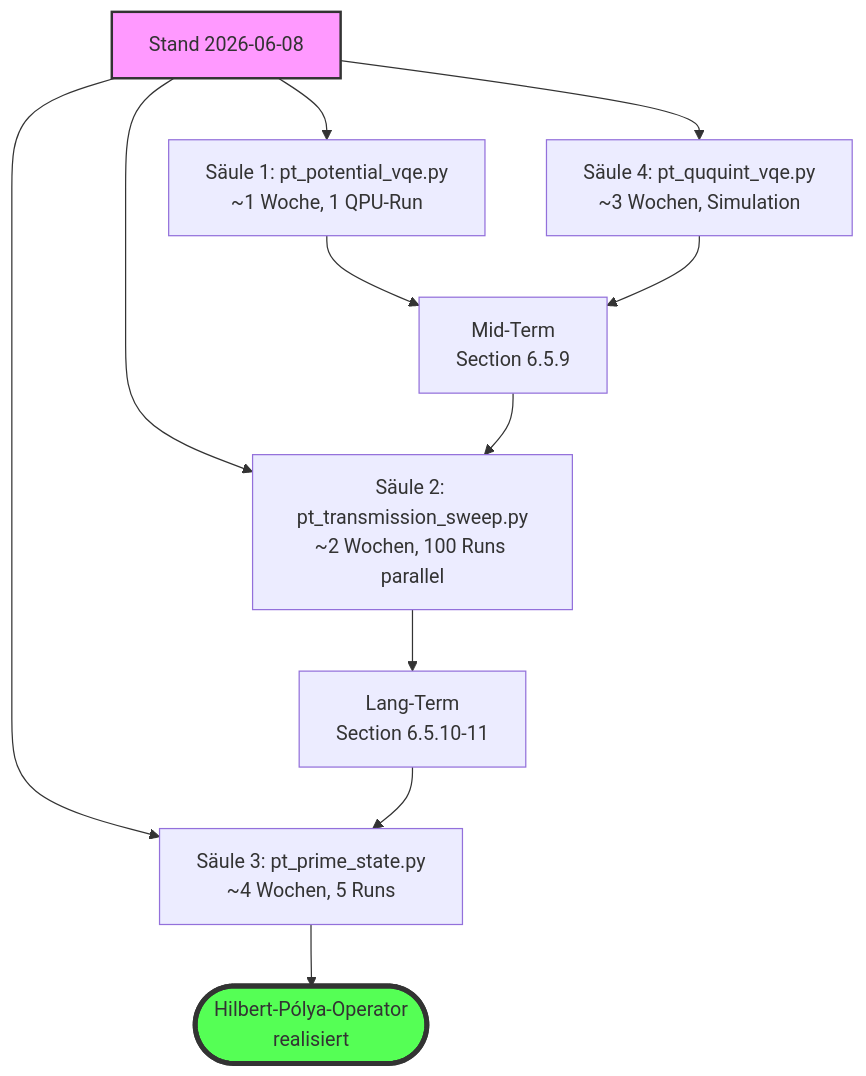
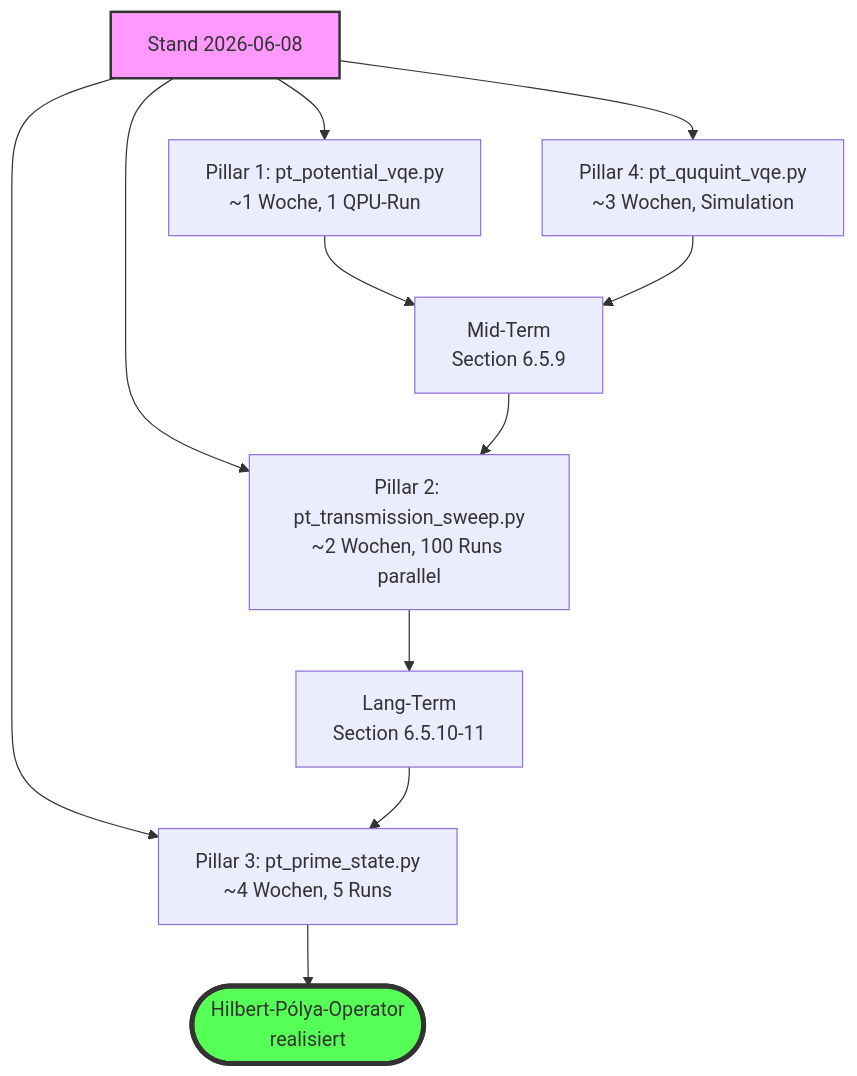
The sixth of 6 diagrams in QUANTUM_ARCHITECTURE_IMPLEMENTATION.md (bartman081523/riemann-nuclear-synthesis), drawn with Mermaid before and after one commit. The commit also changed other lines of this file and 4 other files, not shown here.

First line of the commit message:
SYNTHESIS: German cleanup (Säule→Pillar etc.) across 5 .md files

````diff
--- a/QUANTUM_ARCHITECTURE_IMPLEMENTATION.md
+++ b/QUANTUM_ARCHITECTURE_IMPLEMENTATION.md
@@ -403,17 +403,17 @@
 ```mermaid
 graph TD
-    NOW[Stand 2026-06-08] --> S1[Säule 1: pt_potential_vqe.py<br/>~1 Woche, 1 QPU-Run]
-    NOW --> S2[Säule 2: pt_transmission_sweep.py<br/>~2 Wochen, 100 Runs parallel]
-    NOW --> S3[Säule 3: pt_prime_state.py<br/>~4 Wochen, 5 Runs]
-    NOW --> S4[Säule 4: pt_ququint_vqe.py<br/>~3 Wochen, Simulation]
+    NOW[Stand 2026-06-08] --> S1[Pillar 1: pt_potential_vqe.py<br/>~1 Woche, 1 QPU-Run]
+    NOW --> S2[Pillar 2: pt_transmission_sweep.py<br/>~2 Wochen, 100 Runs parallel]
+    NOW --> S3[Pillar 3: pt_prime_state.py<br/>~4 Wochen, 5 Runs]
+    NOW --> S4[Pillar 4: pt_ququint_vqe.py<br/>~3 Wochen, Simulation]
 
     S1 --> MID[Mid-Term<br/>Section 6.5.9]
     S4 --> MID
     MID --> S2
     S2 --> LANG[Lang-Term<br/>Section 6.5.10-11]
     LANG --> S3
     S3 --> RH([Hilbert-Pólya-Operator<br/>realisiert])
 
     style NOW fill:#f9f,stroke:#333,stroke-width:2px
     style RH fill:#5f5,stroke:#333,stroke-width:4px
 ```
````
